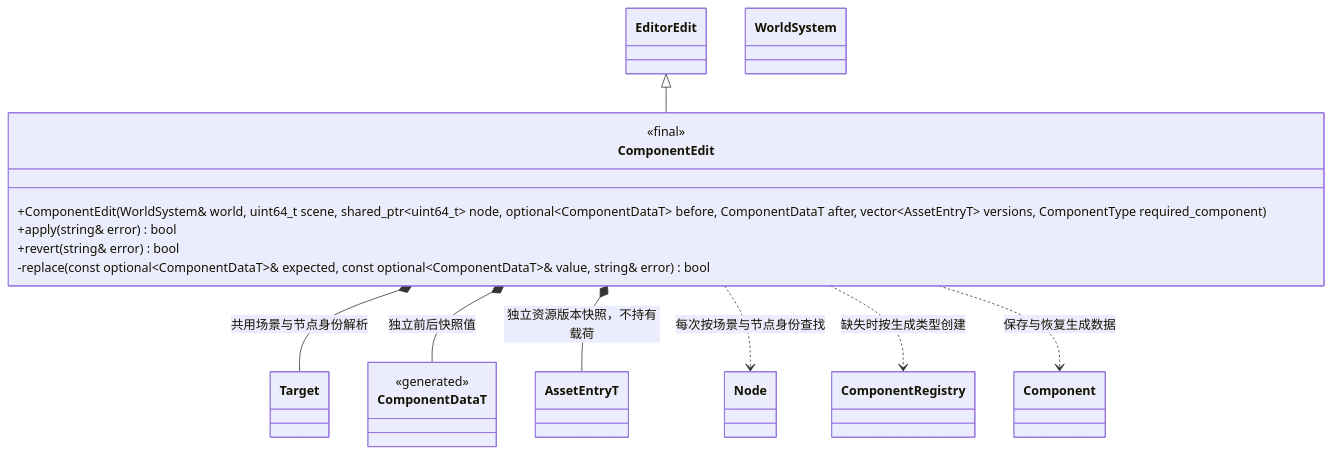
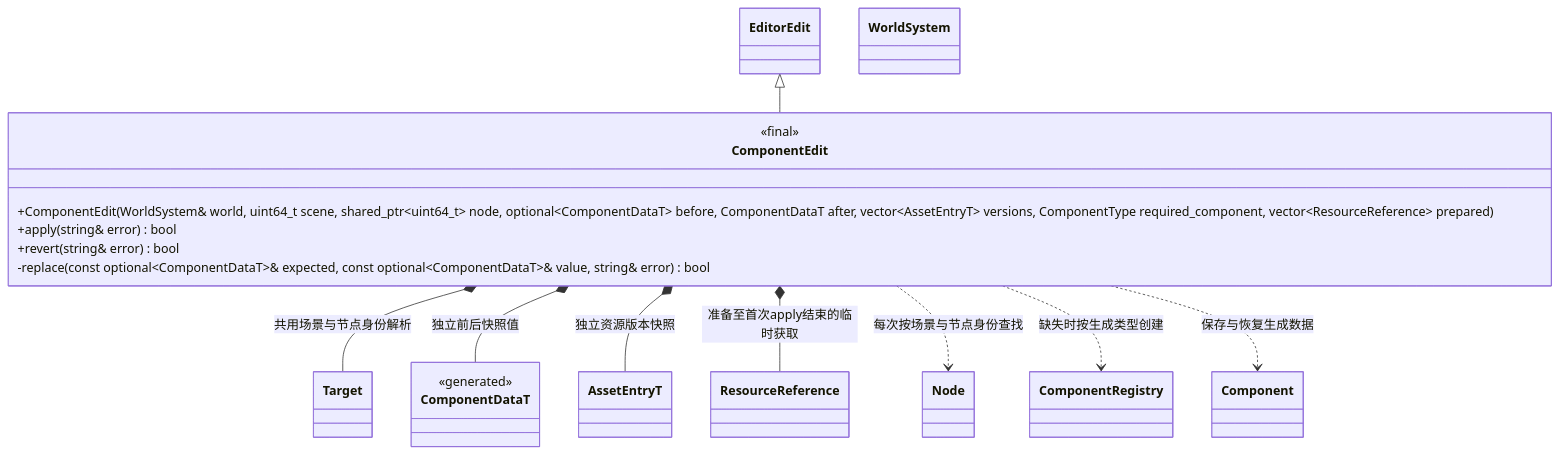
One commit to lcals/Engine changed the second of 2 diagrams in docs/editor/class-diagrams/component-commands.md. Above: the diagram before and after it, drawn with Mermaid. The commit also changed other lines of this file and 244 other files, not shown here.

````diff
--- a/docs/editor/class-diagrams/component-commands.md
+++ b/docs/editor/class-diagrams/component-commands.md
@@ -71,27 +71,29 @@
 ```mermaid
 classDiagram
     class ComponentEdit {
         <<final>>
-        +ComponentEdit(WorldSystem& world, uint64_t scene, shared_ptr~uint64_t~ node, optional~ComponentDataT~ before, ComponentDataT after, vector~AssetEntryT~ versions, ComponentType required_component)
+        +ComponentEdit(WorldSystem& world, uint64_t scene, shared_ptr~uint64_t~ node, optional~ComponentDataT~ before, ComponentDataT after, vector~AssetEntryT~ versions, ComponentType required_component, vector~ResourceReference~ prepared)
         +apply(string& error) bool
         +revert(string& error) bool
         -replace(const optional~ComponentDataT~& expected, const optional~ComponentDataT~& value, string& error) bool
     }
     class EditorEdit
     class WorldSystem
     class Node
     class Component
     class ComponentRegistry
     class AssetEntryT
+    class ResourceReference
     class ComponentDataT {
         <<generated>>
     }
     EditorEdit <|-- ComponentEdit
     class Target
     ComponentEdit *-- Target : 共用场景与节点身份解析
     ComponentEdit *-- ComponentDataT : 独立前后快照值
-    ComponentEdit *-- AssetEntryT : 独立资源版本快照，不持有载荷
+    ComponentEdit *-- AssetEntryT : 独立资源版本快照
+    ComponentEdit *-- ResourceReference : 准备至首次apply结束的临时获取
     ComponentEdit ..> Node : 每次按场景与节点身份查找
     ComponentEdit ..> ComponentRegistry : 缺失时按生成类型创建
     ComponentEdit ..> Component : 保存与恢复生成数据
 ```
````
